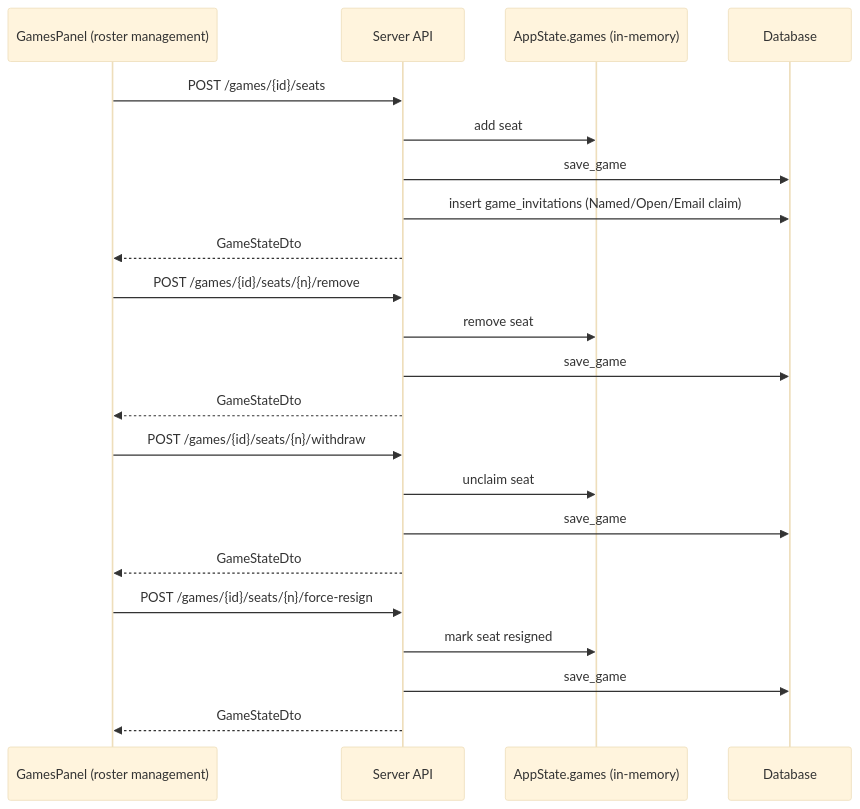
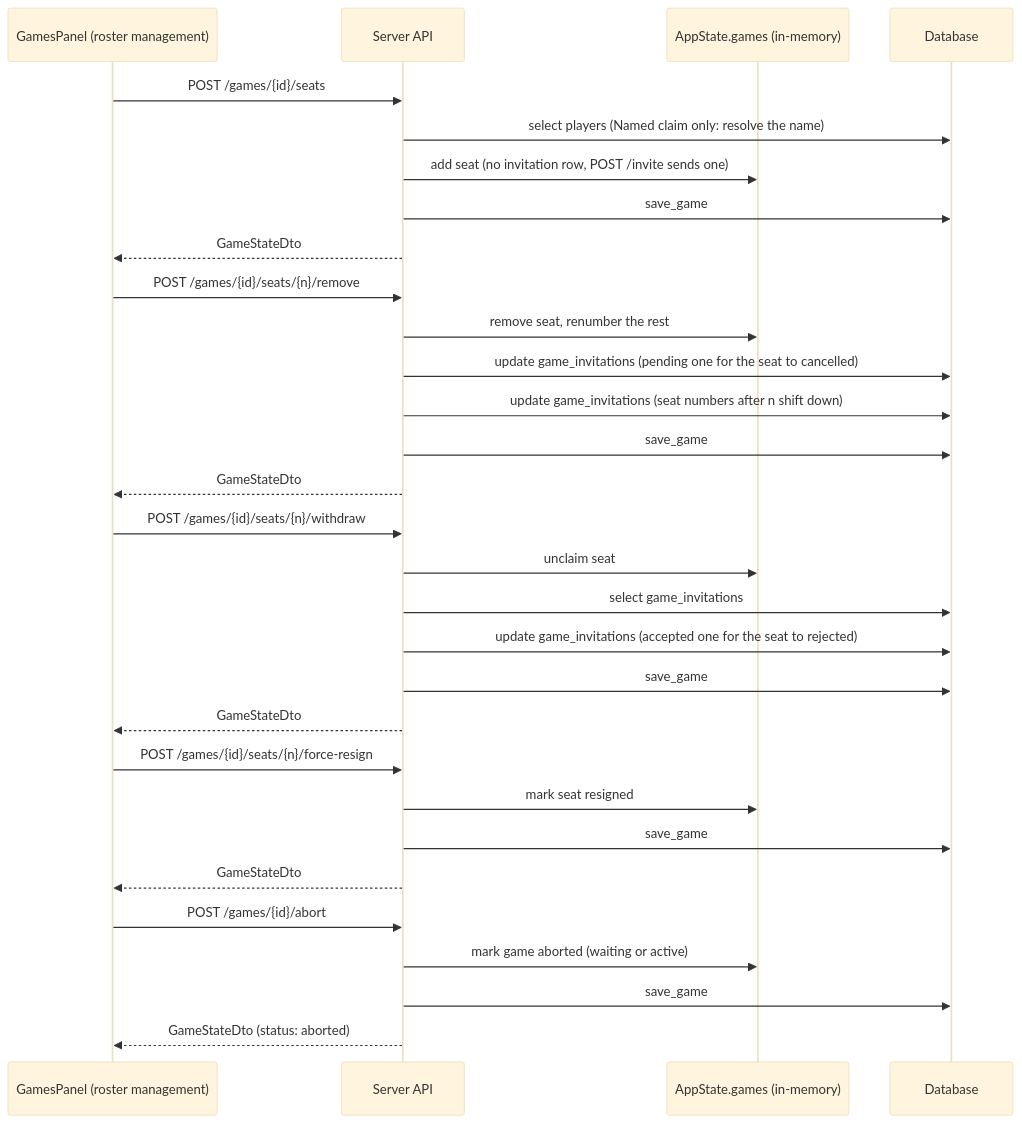
The seventh of 9 diagrams in docs/4.4.3-api-schema.md (delphside/tile-lite-elite), drawn with Mermaid (base theme) before and after one commit. The commit also changed other lines of this file and 6 other files, not shown here.

````diff
--- a/docs/4.4.3-api-schema.md
+++ b/docs/4.4.3-api-schema.md
@@ -934,28 +998,37 @@
 ```mermaid
 sequenceDiagram
     participant Games as GamesPanel (roster management)
     participant API as Server API
     participant Mem as AppState.games (in-memory)
     participant DB as Database
 
     Games->>API: POST /games/{id}/seats
-    API->>Mem: add seat
+    API->>DB: select players (Named claim only: resolve the name)
+    API->>Mem: add seat (no invitation row, POST /invite sends one)
     API->>DB: save_game
-    API->>DB: insert game_invitations (Named/Open/Email claim)
     API-->>Games: GameStateDto
 
     Games->>API: POST /games/{id}/seats/{n}/remove
-    API->>Mem: remove seat
+    API->>Mem: remove seat, renumber the rest
+    API->>DB: update game_invitations (pending one for the seat to cancelled)
+    API->>DB: update game_invitations (seat numbers after n shift down)
     API->>DB: save_game
     API-->>Games: GameStateDto
 
     Games->>API: POST /games/{id}/seats/{n}/withdraw
     API->>Mem: unclaim seat
+    API->>DB: select game_invitations
+    API->>DB: update game_invitations (accepted one for the seat to rejected)
     API->>DB: save_game
     API-->>Games: GameStateDto
 
     Games->>API: POST /games/{id}/seats/{n}/force-resign
     API->>Mem: mark seat resigned
     API->>DB: save_game
     API-->>Games: GameStateDto
+
+    Games->>API: POST /games/{id}/abort
+    API->>Mem: mark game aborted (waiting or active)
+    API->>DB: save_game
+    API-->>Games: GameStateDto (status: aborted)
 ```
````
